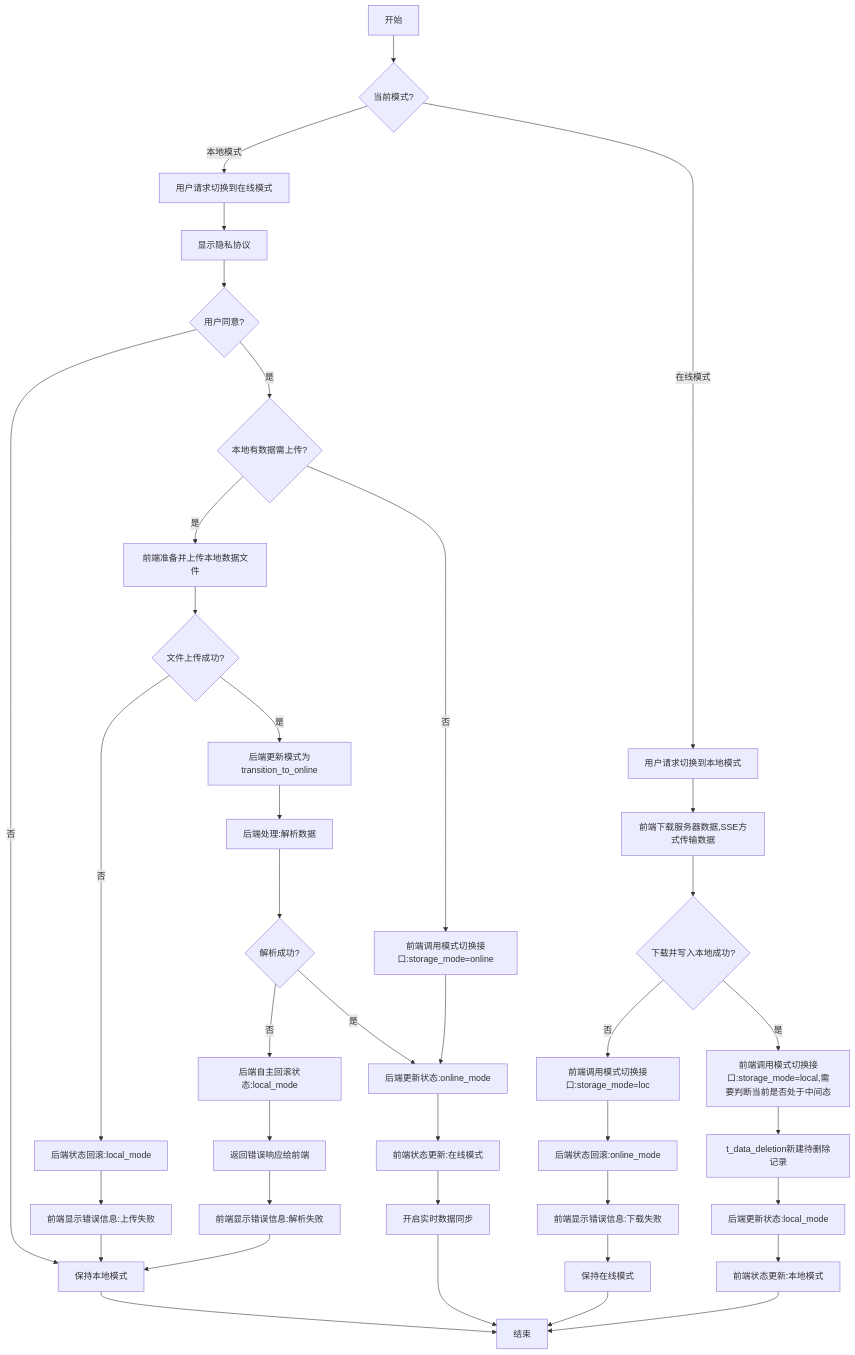
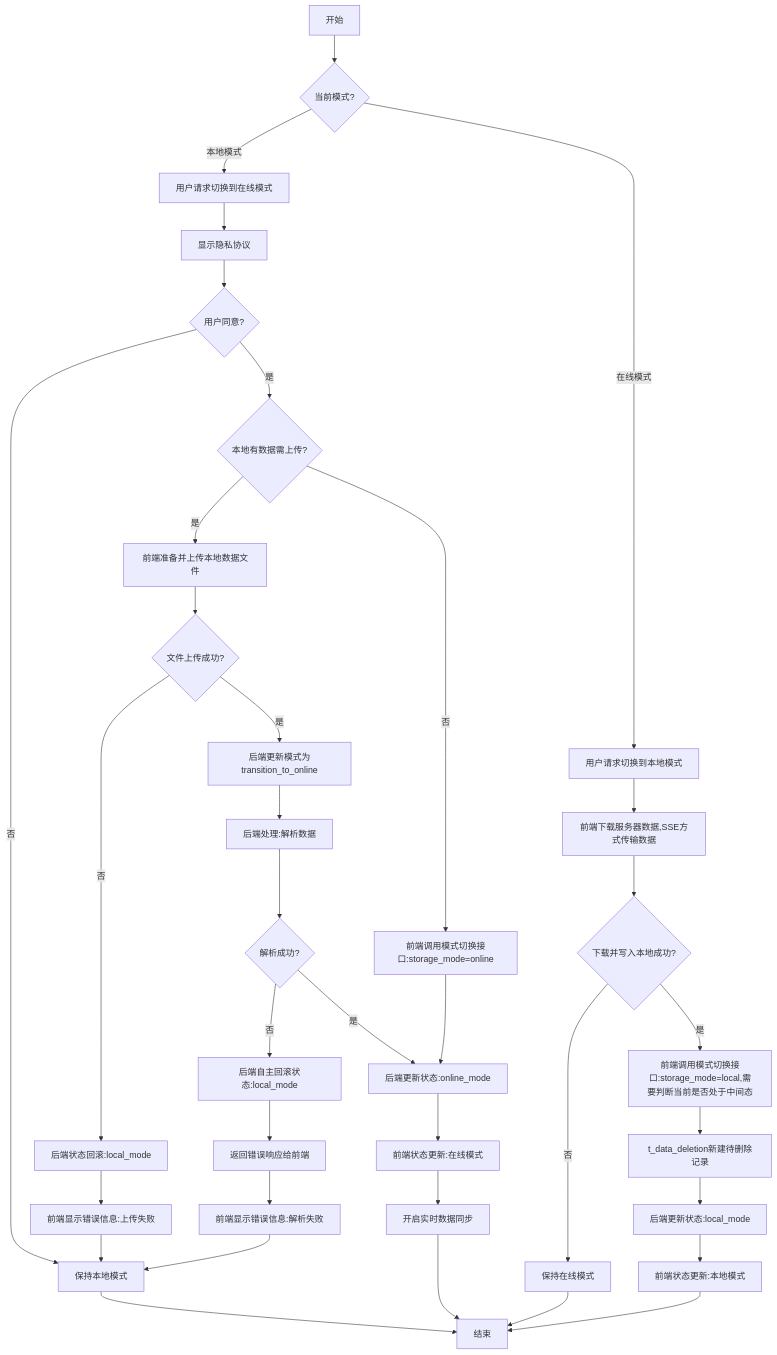
Before and after one commit to yingjianzh/iodraw-files: the diagram in all/未命名-68.md, drawn with Mermaid.

Commit message:
2025-06-04 10:07:08 update

````diff
--- a/all/未命名-68.md
+++ b/all/未命名-68.md
@@ -1,63 +1,60 @@
 ```mermaid
 
 flowchart TD
     A[开始] --> B{当前模式?}
     
     %% 本地模式转在线模式
     B -->|本地模式| C[用户请求切换到在线模式]
     C --> D[显示隐私协议]
     D --> E{用户同意?}
 
 
     E -->|否| F[保持本地模式]
     F --> Z[结束]
     
     E -->|是| J{本地有数据需上传?}
     
     %% 有本地数据需上传的情况
     J -->|是| K[前端准备并上传本地数据文件]
     K --> L{文件上传成功?}
     
     %% 上传失败的情况
     L -->|否| N[后端状态回滚:local_mode]
     N --> O[前端显示错误信息:上传失败]
     O --> F
     
     %% 上传成功但解析失败的情况
     L -->|是| G[后端更新模式为transition_to_online]
     G --> P[后端处理:解析数据]
     P --> Q{解析成功?}
     Q -->|否| R[后端自主回滚状态:local_mode]
     R --> S[返回错误响应给前端]
     S --> T[前端显示错误信息:解析失败]
     T --> F
     
     %% 全部成功的情况
     Q -->|是| U[后端更新状态:online_mode]
     J -->|否| V[前端调用模式切换接口:storage_mode=online]
     V --> U
     
     U --> W[前端状态更新:在线模式]
     W --> X[开启实时数据同步]
     X --> Z
     
     %% 在线模式转本地模式
     B -->|在线模式| AA[用户请求切换到本地模式]
     AA --> AE[前端下载服务器数据,SSE方式传输数据]
     AE --> AF{下载并写入本地成功?}
     
     %% 下载失败的情况
-    AF -->|否| AG[前端调用模式切换接口:storage_mode=loc]
-    AG --> AH[后端状态回滚:online_mode]
-    AH --> AI[前端显示错误信息:下载失败]
-    AI --> AJ[保持在线模式]
+    AF -->|否| AJ[保持在线模式]
     AJ --> Z
     
     %% 下载成功的情况
     AF -->|是| AK[前端调用模式切换接口:storage_mode=local,需要判断当前是否处于中间态]
     AK --> AL[t_data_deletion新建待删除记录]
     AL --> AM[后端更新状态:local_mode]
     AM --> AN[前端状态更新:本地模式]
     AN --> Z
 
 ```
````
